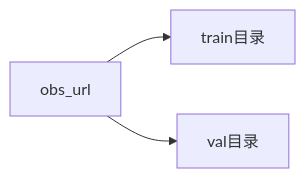
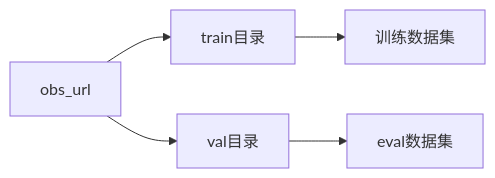
Before and after one commit to Ascend/tools: the third of 4 diagrams in ais-bench_workload/doc/ais-bench_workload_train_modelarts训练说明文档.md, drawn with Mermaid. The commit also changed other lines of this file and 315 other files, not shown here.

````diff
--- a/ais-bench_workload/doc/ais-bench_workload_train_modelarts训练说明文档.md
+++ b/ais-bench_workload/doc/ais-bench_workload_train_modelarts训练说明文档.md
@@ -118,5 +102,5 @@
 ```mermaid
 graph LR
-obs_url  --> train目录
-obs_url  --> val目录
+obs_url  --> train目录 --> 训练数据集
+obs_url  --> val目录 --> eval数据集
 ```
````
